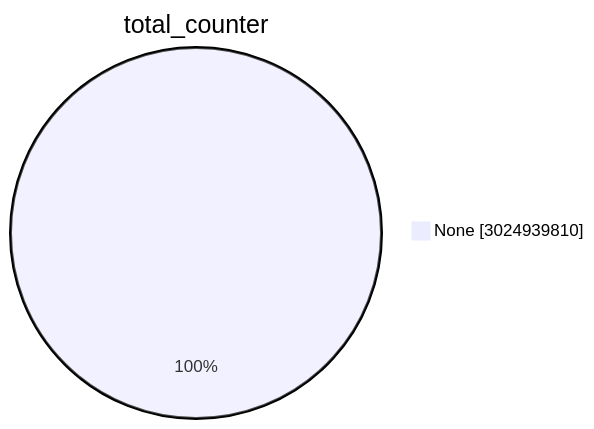
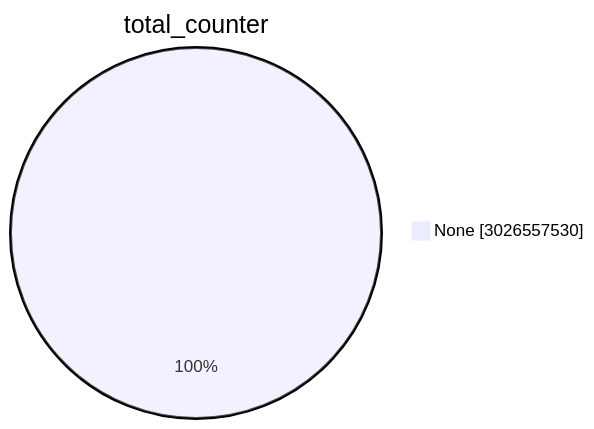
Before and after one commit to christiankrug/ctmonitor_visualization: the first of 15 diagrams in TOTAL/README.md, drawn with Mermaid. The commit also changed other lines of this file, not shown here.

````diff
--- a/TOTAL/README.md
+++ b/TOTAL/README.md
@@ -1,5 +1,5 @@
 ```mermaid
 pie showData
 title total_counter
-"None" :3024939810
+"None" :3026557530
 ```
````
